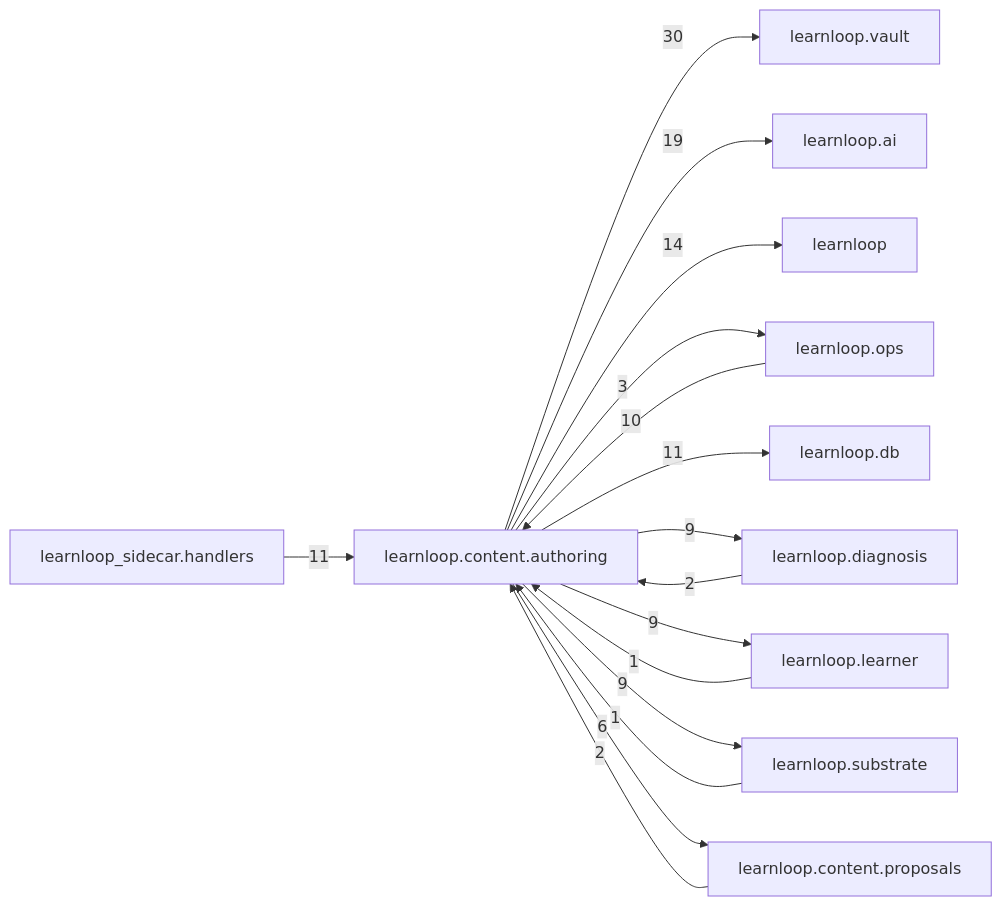
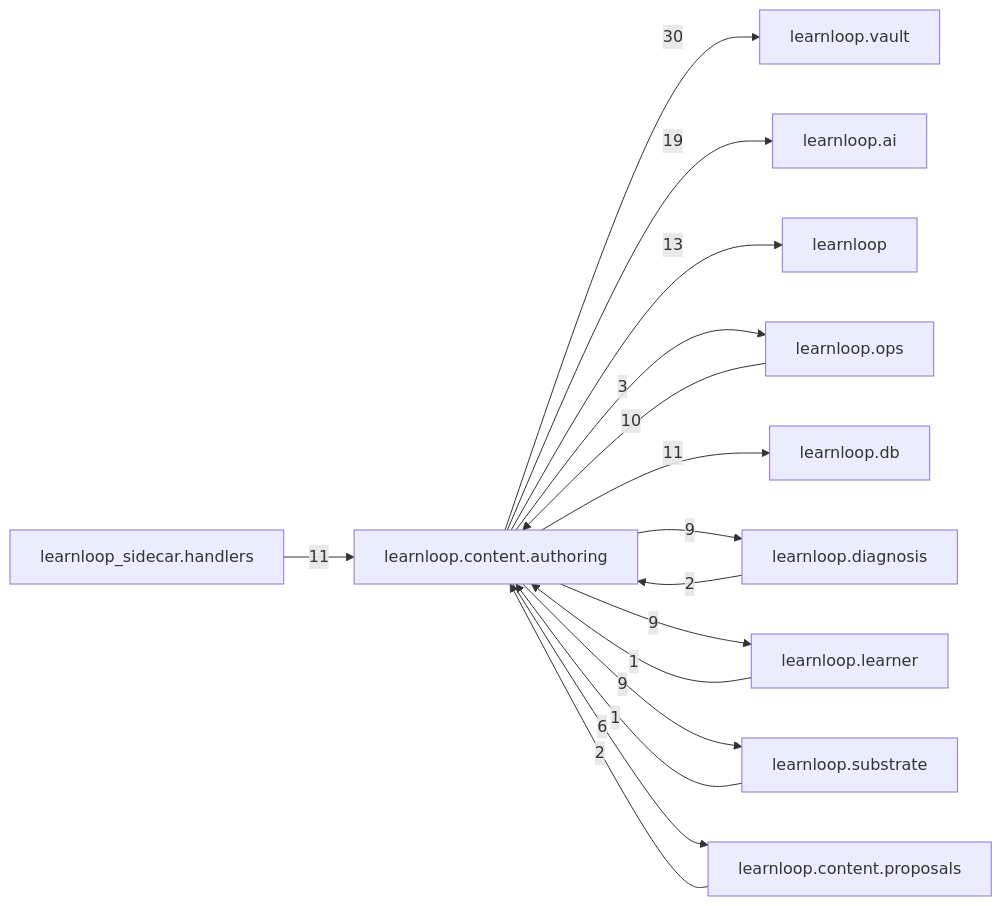
One commit to 6up-b/learnanything changed the diagram in docs/learnloop-architecture-vault/Reference/Modules/learnloop/content/authoring/_package.md. Above: the diagram before and after it, drawn with Mermaid. The commit also changed other lines of this file and 209 other files, not shown here.

````diff
--- a/docs/learnloop-architecture-vault/Reference/Modules/learnloop/content/authoring/_package.md
+++ b/docs/learnloop-architecture-vault/Reference/Modules/learnloop/content/authoring/_package.md
@@ -140,29 +140,29 @@
 ```mermaid
 flowchart LR
     center["learnloop.content.authoring"]
     n_learnloop_vault["learnloop.vault"]
     n_learnloop_ai["learnloop.ai"]
     n_learnloop["learnloop"]
     n_learnloop_ops["learnloop.ops"]
     n_learnloop_db["learnloop.db"]
     n_learnloop_diagnosis["learnloop.diagnosis"]
     n_learnloop_sidecar_handlers["learnloop_sidecar.handlers"]
     n_learnloop_learner["learnloop.learner"]
     n_learnloop_substrate["learnloop.substrate"]
     n_learnloop_content_proposals["learnloop.content.proposals"]
     center -->|30| n_learnloop_vault
     center -->|19| n_learnloop_ai
-    center -->|14| n_learnloop
+    center -->|13| n_learnloop
     n_learnloop_ops -->|10| center
     center -->|3| n_learnloop_ops
     center -->|11| n_learnloop_db
     n_learnloop_diagnosis -->|2| center
     center -->|9| n_learnloop_diagnosis
     n_learnloop_sidecar_handlers -->|11| center
     n_learnloop_learner -->|1| center
     center -->|9| n_learnloop_learner
     n_learnloop_substrate -->|1| center
     center -->|9| n_learnloop_substrate
     n_learnloop_content_proposals -->|2| center
     center -->|6| n_learnloop_content_proposals
 ```
````
